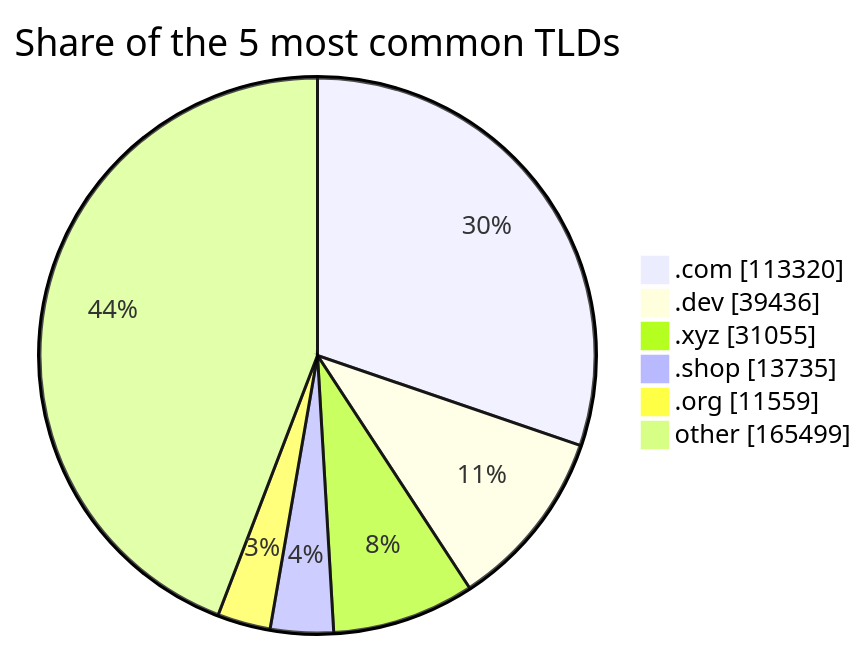
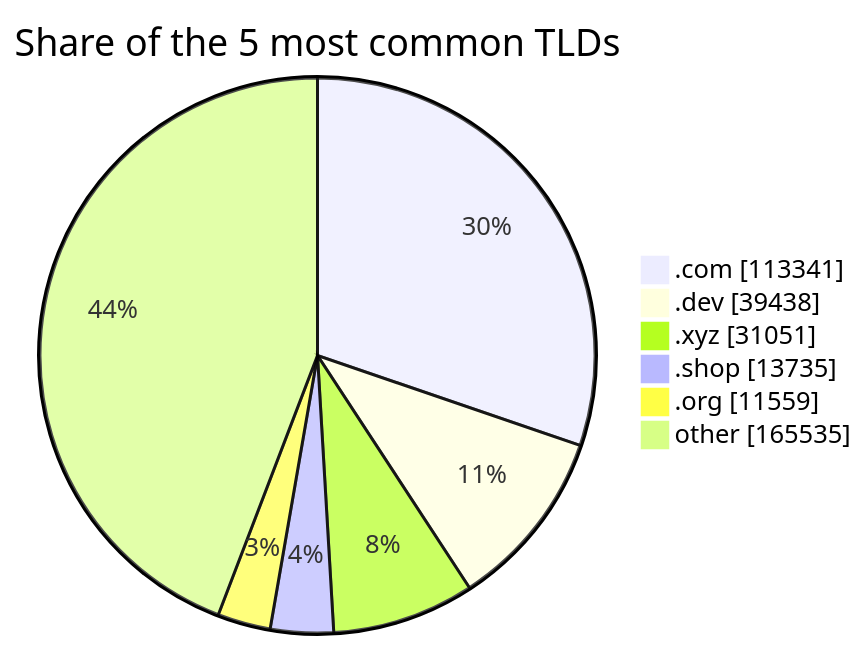
The third of 3 diagrams in README.md (DNSBunker/CTI), drawn with Mermaid before and after one commit. The commit also changed other lines of this file and 3 other files, not shown here.

````diff
--- a/README.md
+++ b/README.md
@@ -81,9 +81,9 @@
 ```mermaid
 pie showData title Share of the 5 most common TLDs
-    ".com" : 113320
-    ".dev" : 39436
-    ".xyz" : 31055
+    ".com" : 113341
+    ".dev" : 39438
+    ".xyz" : 31051
     ".shop" : 13735
     ".org" : 11559
-    "other" : 165499
+    "other" : 165535
 ```
````
